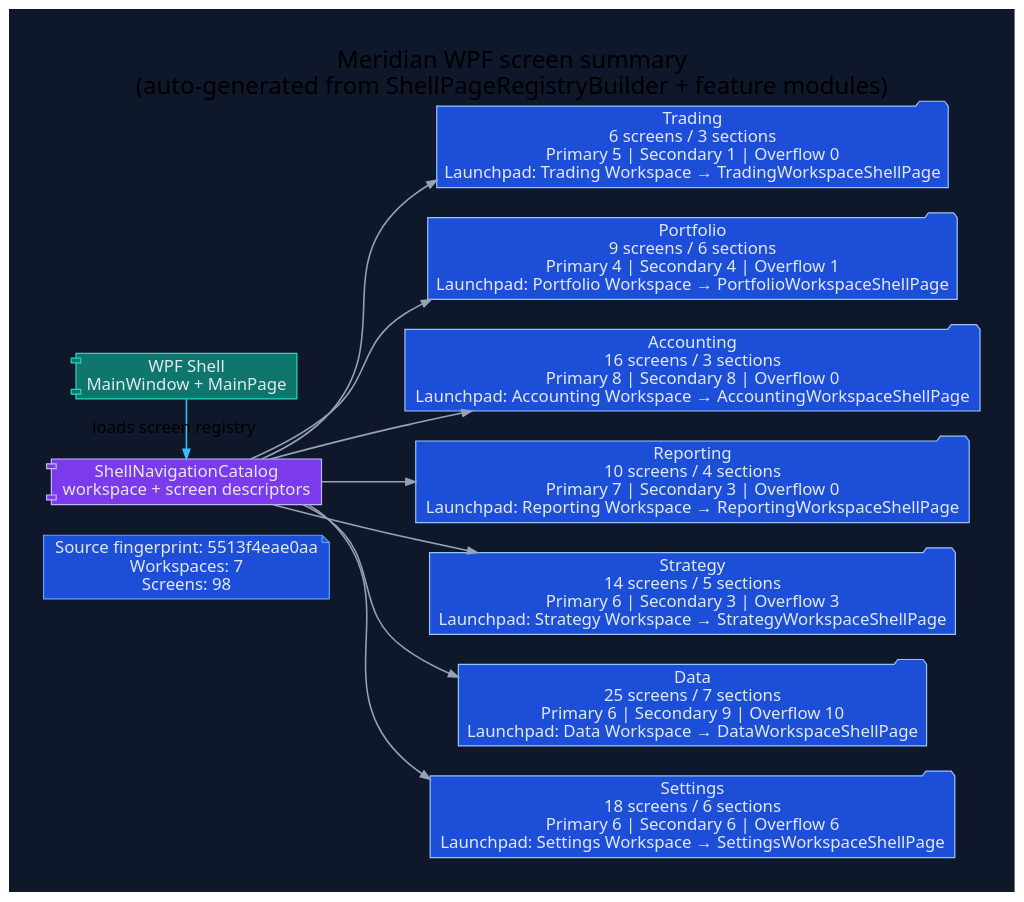
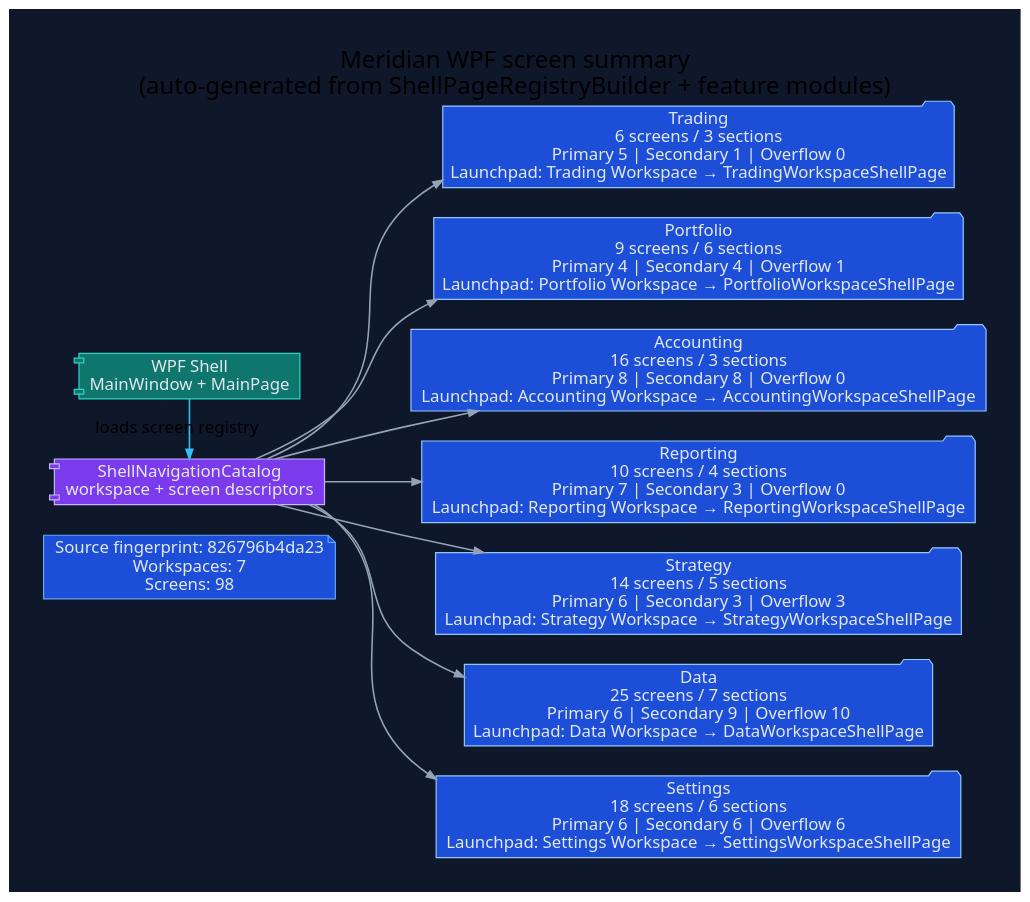
One commit to rodoHasArrived/Meridian-main changed the diagram in docs/diagrams/ui-wpf-screen-summary.dot. Above: the diagram before and after it, drawn with Graphviz. The commit also changed 54 other files, not shown here.

```diff
--- a/docs/diagrams/ui-wpf-screen-summary.dot
+++ b/docs/diagrams/ui-wpf-screen-summary.dot
@@ -1,42 +1,42 @@
 // -----------------------------------------------------------------------------
 // <auto-generated>
 // Generated by scripts/generate-diagrams.mjs.
 // Do not edit this file directly; update the WPF source files instead.
 // -----------------------------------------------------------------------------
 digraph WpfScreenSummary {
   graph [
     rankdir=LR,
     labelloc=t,
     label="Meridian WPF screen summary\n(auto-generated from ShellPageRegistryBuilder + feature modules)",
     fontname="Segoe UI",
     fontsize=20,
     pad=0.4,
     nodesep=0.35,
     ranksep=0.85,
     bgcolor="#0f172a"
   ];
   node [fontname="Segoe UI", shape=box, style="rounded,filled", color="#475569", fontcolor="#e2e8f0", fillcolor="#1e293b"];
   edge [fontname="Segoe UI", color="#94a3b8", penwidth=1.3, arrowsize=0.8];
 
-  generated [shape=note, fillcolor="#1d4ed8", color="#60a5fa", label="Source fingerprint: 5513f4eae0aa\nWorkspaces: 7\nScreens: 98"];
+  generated [shape=note, fillcolor="#1d4ed8", color="#60a5fa", label="Source fingerprint: 826796b4da23\nWorkspaces: 7\nScreens: 98"];
   shell [shape=component, fillcolor="#0f766e", color="#2dd4bf", label="WPF Shell\nMainWindow + MainPage"];
   catalog [shape=component, fillcolor="#7c3aed", color="#c4b5fd", label="ShellNavigationCatalog\nworkspace + screen descriptors"];
   shell -> catalog [label="loads screen registry", color="#38bdf8"];
 
   workspace_1 [shape=folder, fillcolor="#1d4ed8", color="#93c5fd", label="Trading\n6 screens / 3 sections\nPrimary 5 | Secondary 1 | Overflow 0\nLaunchpad: Trading Workspace → TradingWorkspaceShellPage"];
   catalog -> workspace_1;
   workspace_2 [shape=folder, fillcolor="#1d4ed8", color="#93c5fd", label="Portfolio\n9 screens / 6 sections\nPrimary 4 | Secondary 4 | Overflow 1\nLaunchpad: Portfolio Workspace → PortfolioWorkspaceShellPage"];
   catalog -> workspace_2;
   workspace_3 [shape=folder, fillcolor="#1d4ed8", color="#93c5fd", label="Accounting\n16 screens / 3 sections\nPrimary 8 | Secondary 8 | Overflow 0\nLaunchpad: Accounting Workspace → AccountingWorkspaceShellPage"];
   catalog -> workspace_3;
   workspace_4 [shape=folder, fillcolor="#1d4ed8", color="#93c5fd", label="Reporting\n10 screens / 4 sections\nPrimary 7 | Secondary 3 | Overflow 0\nLaunchpad: Reporting Workspace → ReportingWorkspaceShellPage"];
   catalog -> workspace_4;
   workspace_5 [shape=folder, fillcolor="#1d4ed8", color="#93c5fd", label="Strategy\n14 screens / 5 sections\nPrimary 6 | Secondary 3 | Overflow 3\nLaunchpad: Strategy Workspace → StrategyWorkspaceShellPage"];
   catalog -> workspace_5;
   workspace_6 [shape=folder, fillcolor="#1d4ed8", color="#93c5fd", label="Data\n25 screens / 7 sections\nPrimary 6 | Secondary 9 | Overflow 10\nLaunchpad: Data Workspace → DataWorkspaceShellPage"];
   catalog -> workspace_6;
   workspace_7 [shape=folder, fillcolor="#1d4ed8", color="#93c5fd", label="Settings\n18 screens / 6 sections\nPrimary 6 | Secondary 6 | Overflow 6\nLaunchpad: Settings Workspace → SettingsWorkspaceShellPage"];
   catalog -> workspace_7;
 
   { rank=min; generated; shell; catalog; }
 }
```
